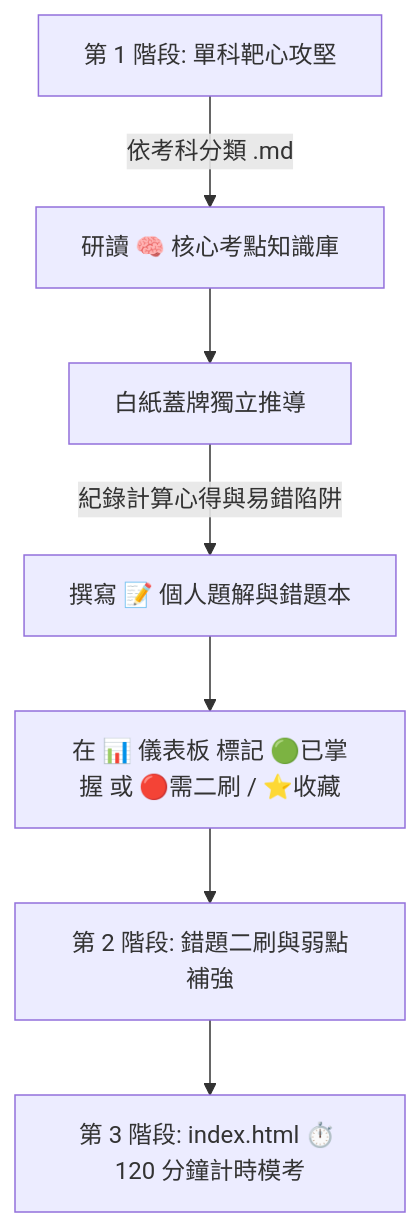
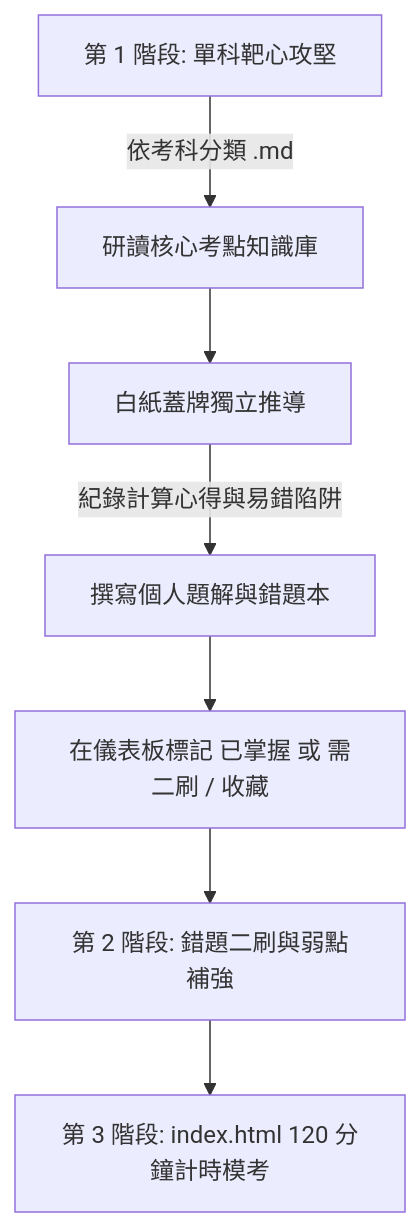
The diagram in README.md (DB2BD/ee-exam-workbench), drawn with Mermaid before and after one commit. The commit also changed other lines of this file and 12 other files, not shown here.

````diff
--- a/README.md
+++ b/README.md
@@ -67,9 +67,9 @@
 ```mermaid
 graph TD
-    A[第 1 階段: 單科靶心攻堅] -->|依考科分類 .md| B[研讀 🧠 核心考點知識庫]
+    A[第 1 階段: 單科靶心攻堅] -->|依考科分類 .md| B[研讀核心考點知識庫]
     B --> C[白紙蓋牌獨立推導]
-    C -->|紀錄計算心得與易錯陷阱| D[撰寫 📝 個人題解與錯題本]
-    D --> E[在 📊 儀表板 標記 🟢已掌握 或 🔴需二刷 / ⭐收藏]
+    C -->|紀錄計算心得與易錯陷阱| D[撰寫個人題解與錯題本]
+    D --> E[在儀表板標記 已掌握 或 需二刷 / 收藏]
     E --> F[第 2 階段: 錯題二刷與弱點補強]
-    F --> G[第 3 階段: index.html ⏱️ 120 分鐘計時模考]
+    F --> G[第 3 階段: index.html 120 分鐘計時模考]
 ```
````
